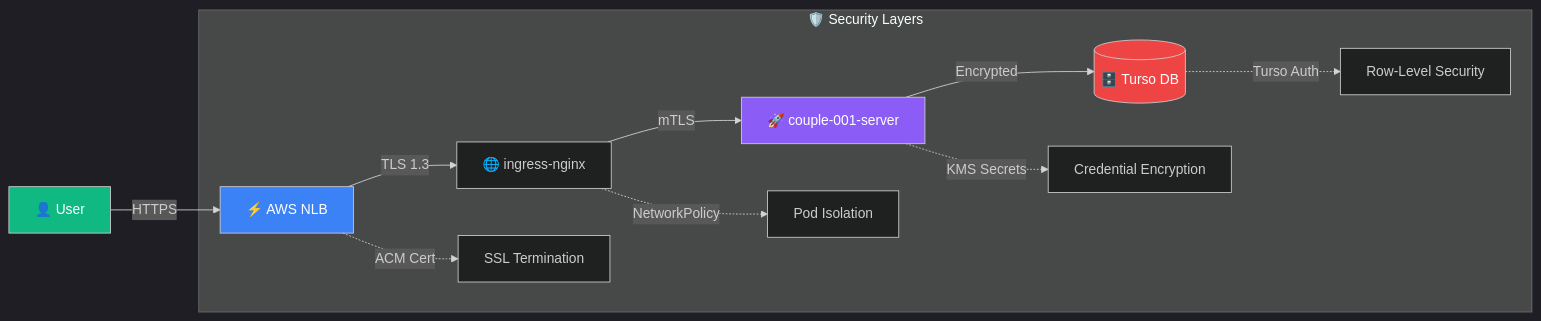
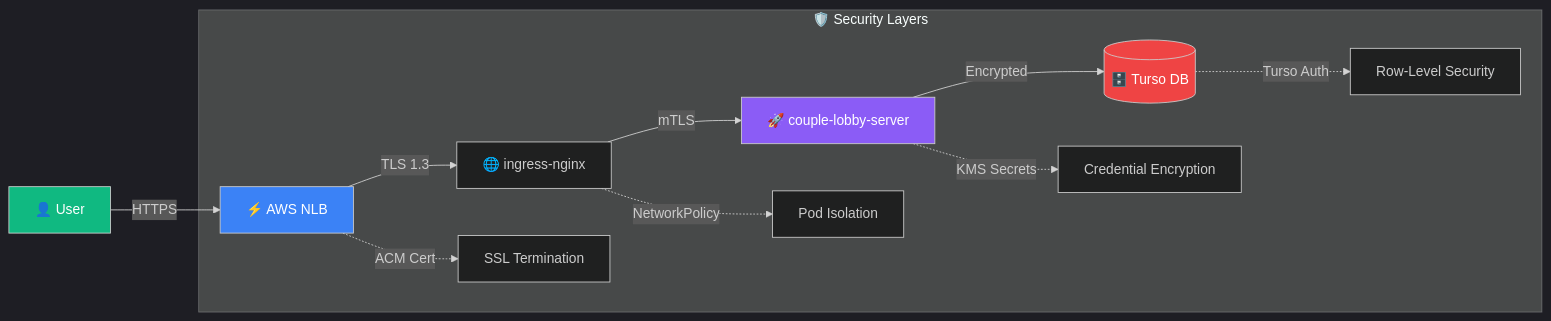
The fourth of 4 diagrams in context/flow.md (P20000/Relmonition), drawn with Mermaid before and after one commit. The commit also changed other lines of this file and 7 other files, not shown here.

````diff
--- a/context/flow.md
+++ b/context/flow.md
@@ -154,20 +154,20 @@
 ```mermaid
 %%{init: {'theme': 'dark'}}%%
 flowchart LR
     User[👤 User] -->|HTTPS| NLB[⚡ AWS NLB]
     NLB -->|TLS 1.3| Ingress[🌐 ingress-nginx]
-    Ingress -->|mTLS| Pod[🚀 couple-001-server]
+    Ingress -->|mTLS| Pod[🚀 couple-lobby-server]
     Pod -->|Encrypted| DB[(🗄️ Turso DB)]
     
     subgraph "🛡️ Security Layers"
         NLB -.->|ACM Cert| TLS1[SSL Termination]
         Ingress -.->|NetworkPolicy| TLS2[Pod Isolation]
         Pod -.->|KMS Secrets| TLS3[Credential Encryption]
         DB -.->|Turso Auth| TLS4[Row-Level Security]
     end
     
     style User fill:#10b981,color:white
     style NLB fill:#3b82f6,color:white
     style Pod fill:#8b5cf6,color:white
     style DB fill:#ef4444,color:white
 ```
````
